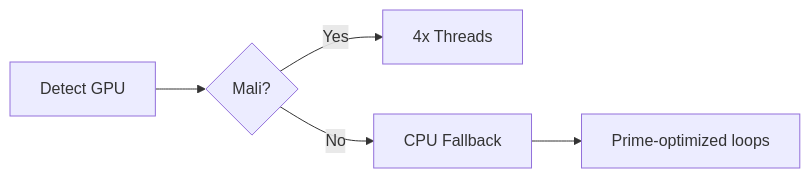
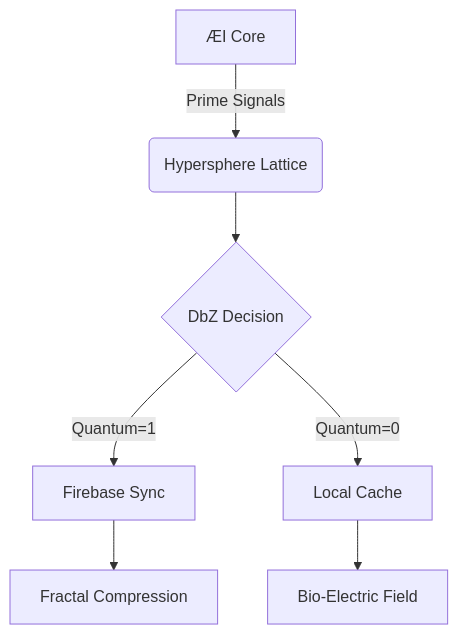
The diagram in README.md (NataliaTanyatia/Intelligence), drawn with Mermaid before and after one commit. The commit also changed other lines of this file and 2 other files, not shown here.

````diff
--- a/README.md
+++ b/README.md
@@ -64,7 +92,9 @@
 ```mermaid
-graph LR
-    A[Detect GPU] --> B{Mali?}
-    B -->|Yes| C[4x Threads]
-    B -->|No| D[CPU Fallback]
-    D --> E[Prime-optimized loops]
+graph TD
+    A[ÆI Core] -->|Prime Signals| B(Hypersphere Lattice)
+    B --> C{DbZ Decision}
+    C -->|Quantum=1| D[Firebase Sync]
+    C -->|Quantum=0| E[Local Cache]
+    D --> F[Fractal Compression]
+    E --> G[Bio-Electric Field]
 ```
````
